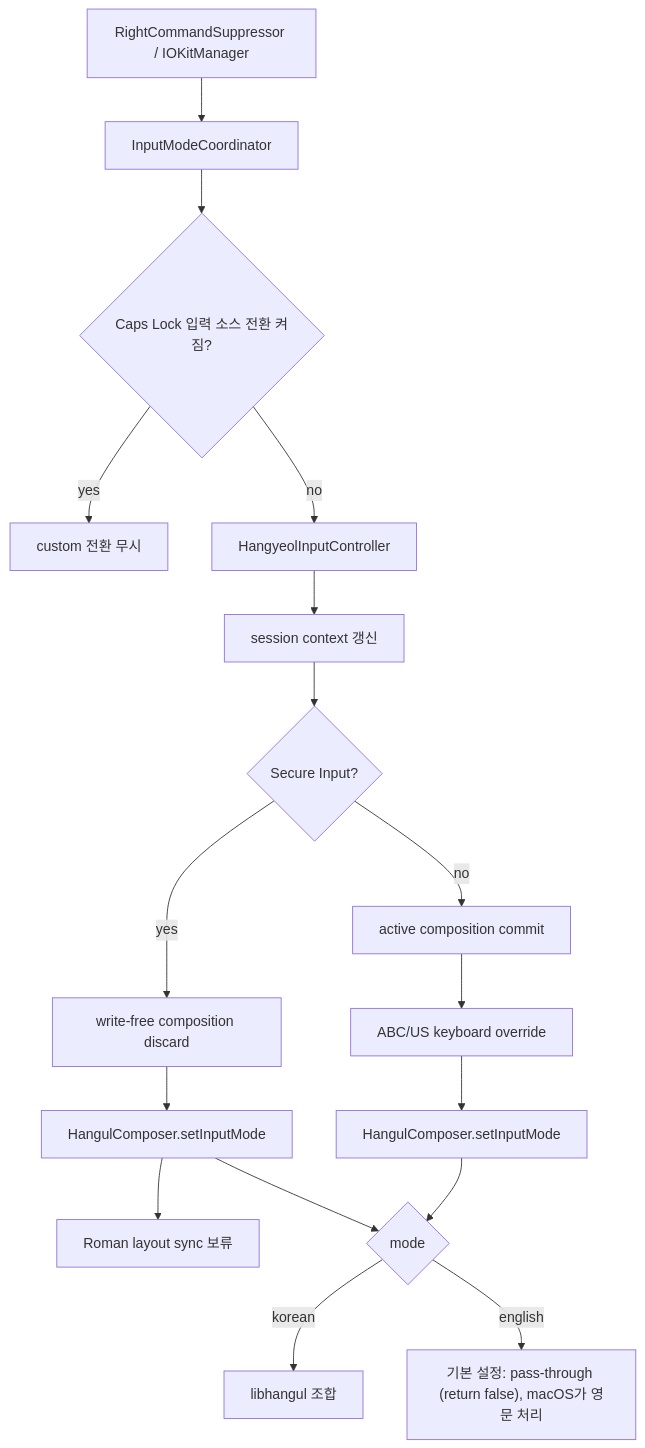
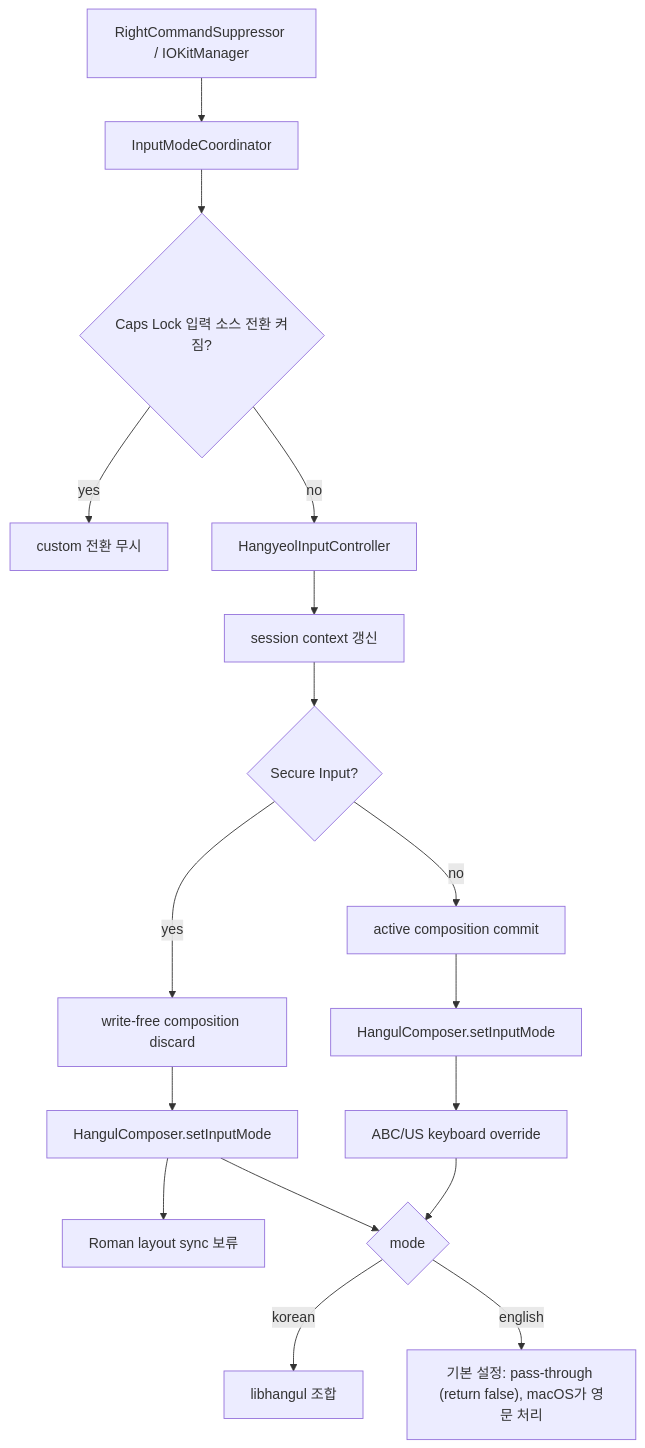
One commit to thlim-cube/Hangyeol changed the diagram in ARCHITECTURE.md. Above: the diagram before and after it, drawn with Mermaid. The commit also changed other lines of this file and 26 other files, not shown here.

````diff
--- a/ARCHITECTURE.md
+++ b/ARCHITECTURE.md
@@ -106,19 +106,19 @@
 ```mermaid
 flowchart TD
     A["RightCommandSuppressor / IOKitManager"] --> B["InputModeCoordinator"]
     B --> C{"Caps Lock 입력 소스 전환 켜짐?"}
     C -->|"yes"| D["custom 전환 무시"]
     C -->|"no"| E["HangyeolInputController"]
     E --> L["session context 갱신"]
     L --> M{"Secure Input?"}
     M -->|"no"| F["active composition commit"]
-    F --> G["ABC/US keyboard override"]
-    G --> H["HangulComposer.setInputMode"]
+    F --> H["HangulComposer.setInputMode"]
+    H --> G["ABC/US keyboard override"]
     M -->|"yes"| N["write-free composition discard"]
     N --> O["HangulComposer.setInputMode"]
     O --> P["Roman layout sync 보류"]
     O --> I
-    H --> I{"mode"}
+    G --> I{"mode"}
     I -->|"korean"| J["libhangul 조합"]
     I -->|"english"| K["기본 설정: pass-through (return false), macOS가 영문 처리"]
 ```
````
